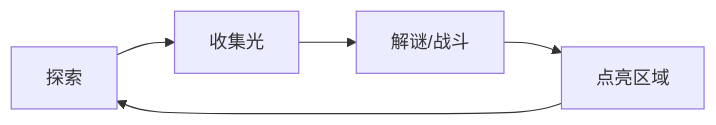
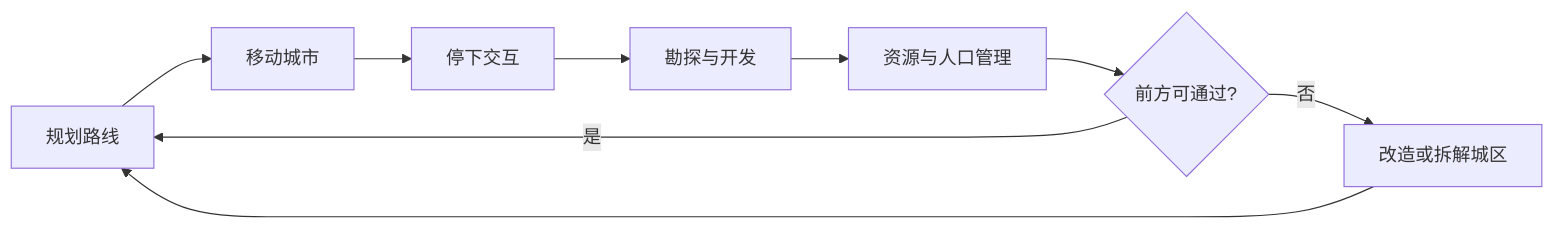
One commit to Estrella6066773/DriveToLight changed the diagram in Docs/02-系统设计/02-玩法循环/核心循环.md. Above: the diagram before and after it, drawn with Mermaid. The commit also changed other lines of this file and 21 other files, not shown here.

````diff
--- a/Docs/02-系统设计/02-玩法循环/核心循环.md
+++ b/Docs/02-系统设计/02-玩法循环/核心循环.md
@@ -20,7 +35,11 @@
 ```mermaid
 flowchart LR
-    A[探索] --> B[收集光]
-    B --> C[解谜/战斗]
-    C --> D[点亮区域]
-    D --> A
+    A[规划路线] --> B[移动城市]
+    B --> C[停下交互]
+    C --> D[勘探与开发]
+    D --> E[资源与人口管理]
+    E --> F{前方可通过?}
+    F -->|是| A
+    F -->|否| G[改造或拆解城区]
+    G --> A
 ```
````
